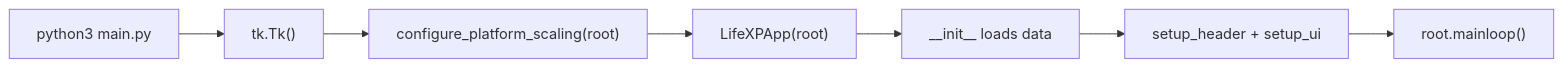
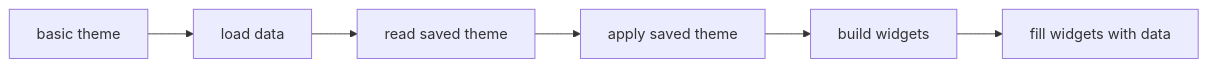
The third of 30 diagrams in docs/beginner-guide/02-intermediate.md (nimbold/LifeXP), drawn with Mermaid before and after one commit. The commit also changed other lines of this file, not shown here.

First line of the commit message:
Rewrite intermediate Python guide

````diff
--- a/docs/beginner-guide/02-intermediate.md
+++ b/docs/beginner-guide/02-intermediate.md
@@ -60,9 +151,8 @@
 ```mermaid
 flowchart LR
-    A["python3 main.py"] --> B["tk.Tk()"]
-    B --> C["configure_platform_scaling(root)"]
-    C --> D["LifeXPApp(root)"]
-    D --> E["__init__ loads data"]
-    E --> F["setup_header + setup_ui"]
-    F --> G["root.mainloop()"]
+    A["basic theme"] --> B["load data"]
+    B --> C["read saved theme"]
+    C --> D["apply saved theme"]
+    D --> E["build widgets"]
+    E --> F["fill widgets with data"]
 ```
````
